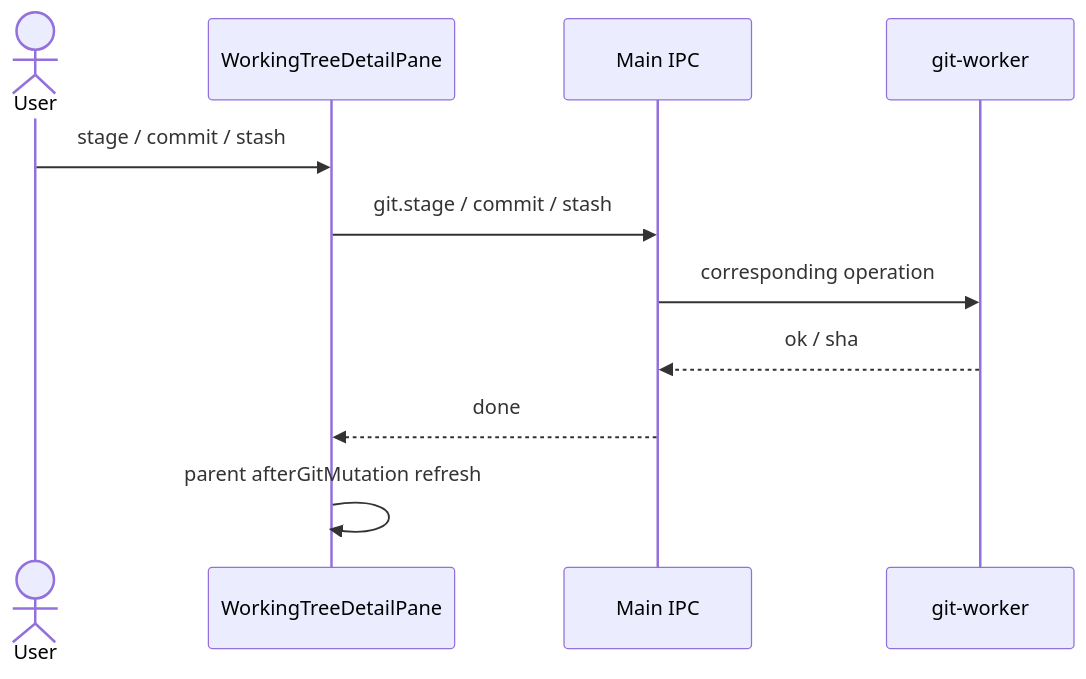
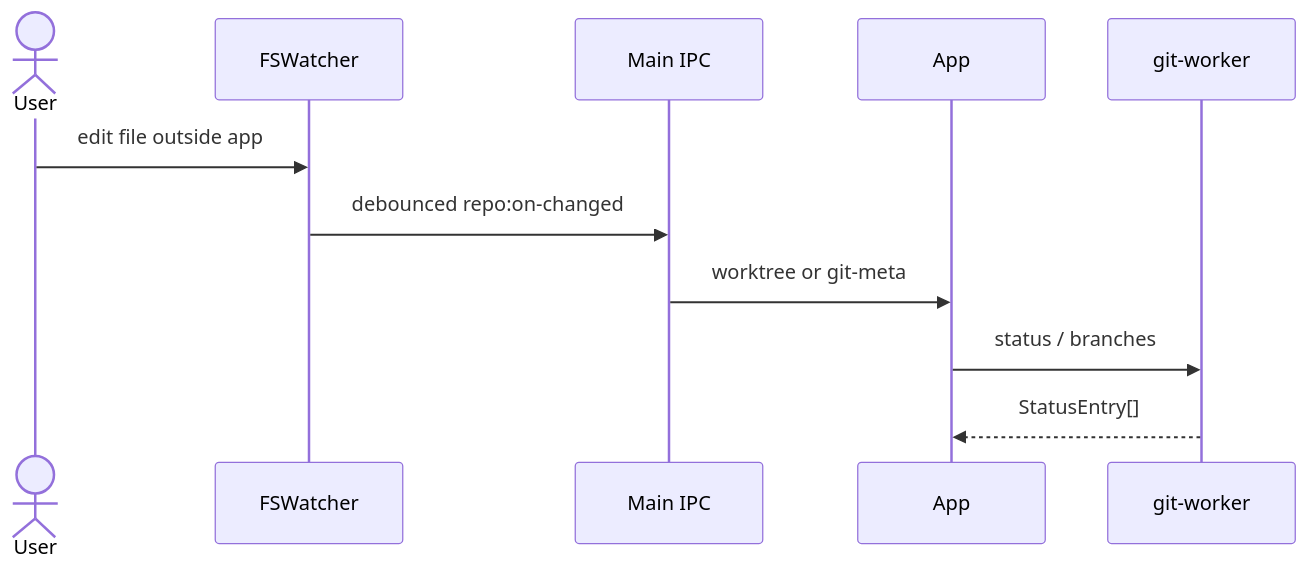
One commit to Maks417/GitManager changed the diagram in docs/features/working-tree.md. Above: the diagram before and after it, drawn with Mermaid. The commit also changed other lines of this file and 19 other files, not shown here.

````diff
--- a/docs/features/working-tree.md
+++ b/docs/features/working-tree.md
@@ -41,13 +53,13 @@
 ```mermaid
 sequenceDiagram
   actor User
-  participant UI as WorkingTreeDetailPane
+  participant FS as FSWatcher
   participant Main as Main IPC
+  participant UI as App
   participant Git as git-worker
-  User->>UI: stage / commit / stash
-  UI->>Main: git.stage / commit / stash
-  Main->>Git: corresponding operation
-  Git-->>Main: ok / sha
-  Main-->>UI: done
-  UI->>UI: parent afterGitMutation refresh
+  User->>FS: edit file outside app
+  FS->>Main: debounced repo:on-changed
+  Main->>UI: worktree or git-meta
+  UI->>Git: status / branches
+  Git-->>UI: StatusEntry[]
 ```
````
